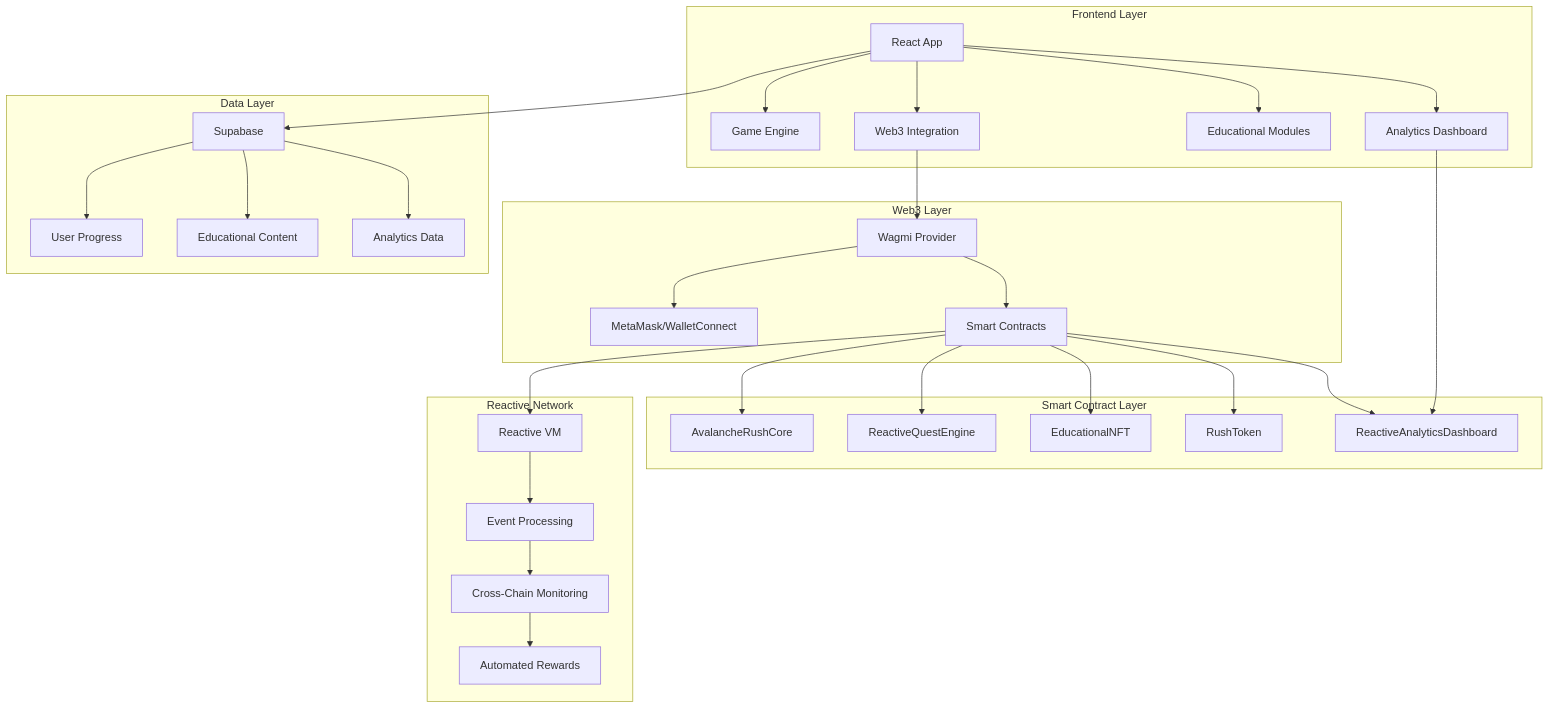
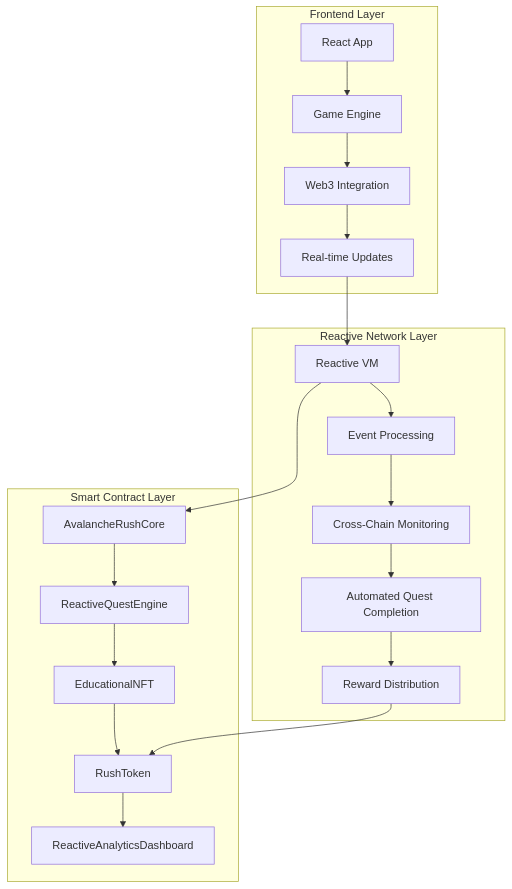
One commit to lucylow/avalanche-rush changed the diagram in README.md. Above: the diagram before and after it, drawn with Mermaid. The commit also changed other lines of this file and 5 other files, not shown here.

````diff
--- a/README.md
+++ b/README.md
@@ -470,39 +65,26 @@
 ```mermaid
 graph TB
-    subgraph "Frontend Layer"
-        A[React App] --> B[Game Engine]
-        A --> C[Web3 Integration]
-        A --> D[Educational Modules]
-        A --> E[Analytics Dashboard]
-    end
-    
-    subgraph "Web3 Layer"
-        C --> F[Wagmi Provider]
-        F --> G[MetaMask/WalletConnect]
-        F --> H[Smart Contracts]
+    subgraph "Reactive Network Layer"
+        A[Reactive VM] --> B[Event Processing]
+        B --> C[Cross-Chain Monitoring]
+        C --> D[Automated Quest Completion]
+        D --> E[Reward Distribution]
     end
     
     subgraph "Smart Contract Layer"
-        H --> I[AvalancheRushCore]
-        H --> J[ReactiveQuestEngine]
-        H --> K[EducationalNFT]
-        H --> L[RushToken]
-        H --> M[ReactiveAnalyticsDashboard]
+        F[AvalancheRushCore] --> G[ReactiveQuestEngine]
+        G --> H[EducationalNFT]
+        H --> I[RushToken]
+        I --> J[ReactiveAnalyticsDashboard]
     end
     
-    subgraph "Reactive Network"
-        N[Reactive VM] --> O[Event Processing]
-        O --> P[Cross-Chain Monitoring]
-        P --> Q[Automated Rewards]
+    subgraph "Frontend Layer"
+        K[React App] --> L[Game Engine]
+        L --> M[Web3 Integration]
+        M --> N[Real-time Updates]
     end
     
-    subgraph "Data Layer"
-        R[Supabase] --> S[User Progress]
-        R --> T[Educational Content]
-        R --> U[Analytics Data]
-    end
-    
-    H --> N
-    A --> R
-    E --> M
+    A --> F
+    E --> I
+    N --> A
 ```
````
